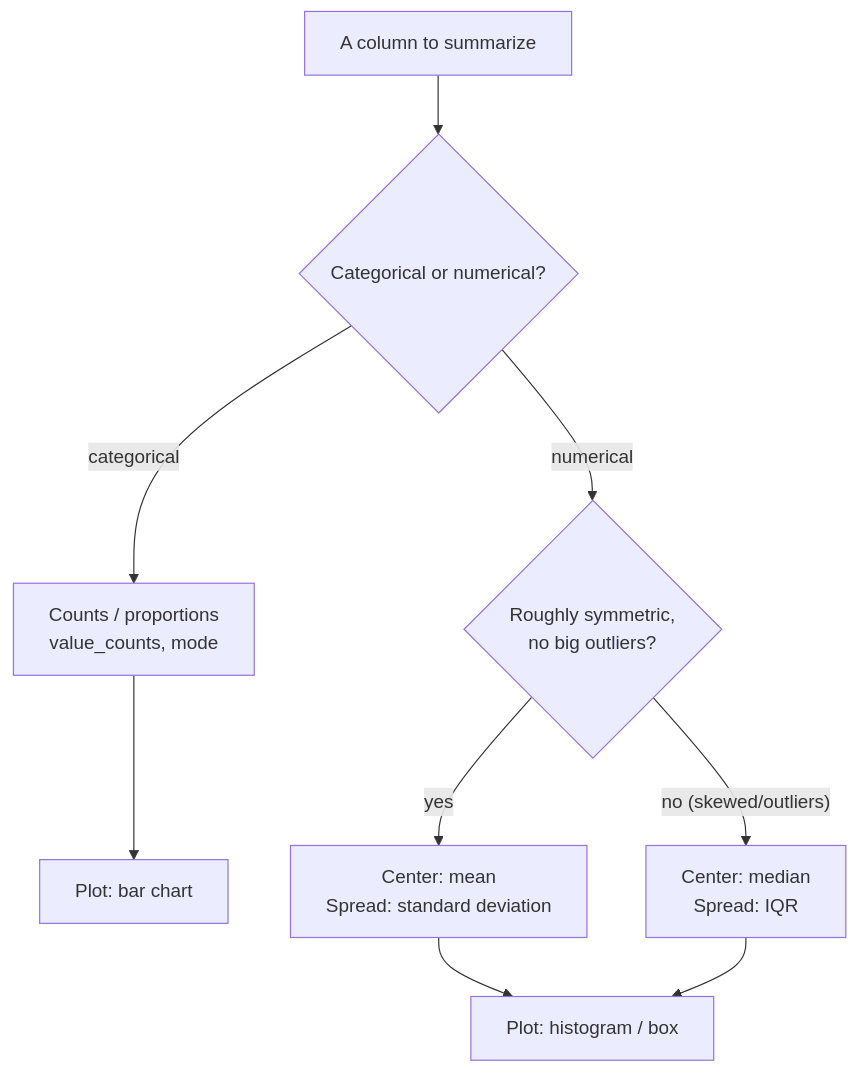
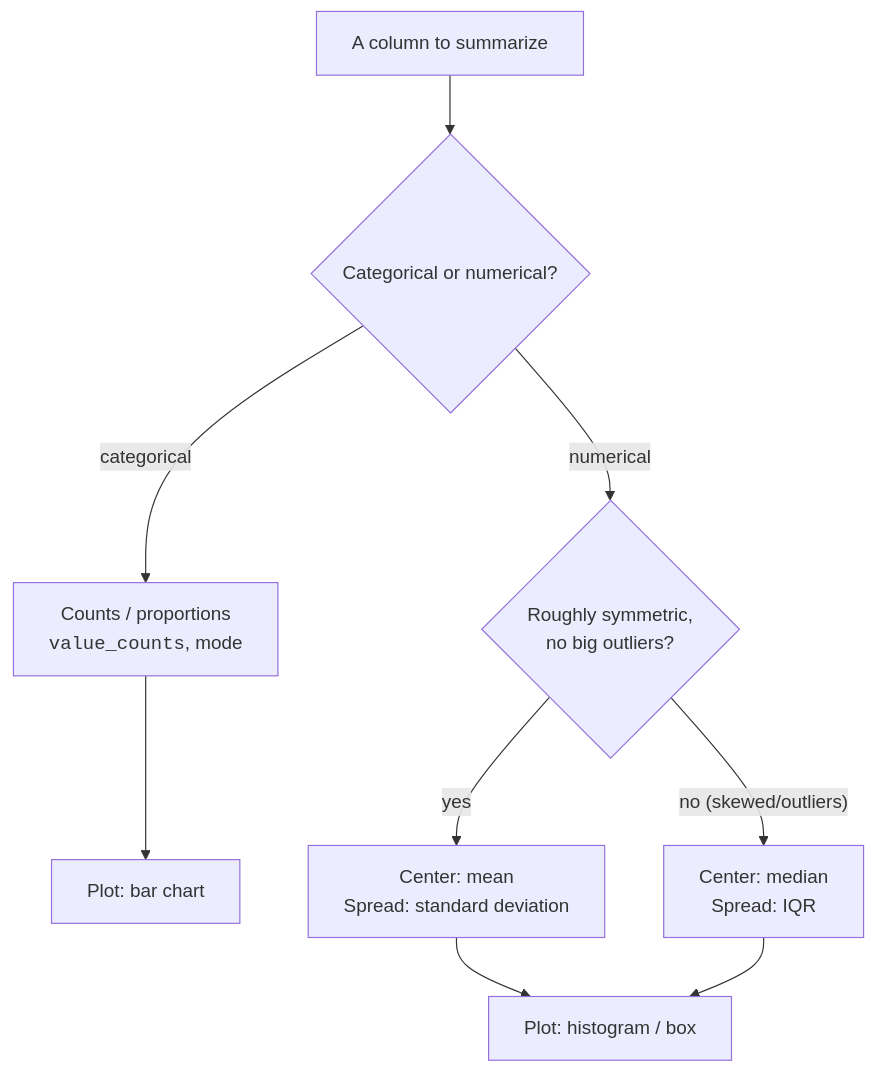
One commit to dataslope/dataslope changed the third of 3 diagrams in content/learn/statistics-for-data-science-python/types-of-data.mdx. Above: the diagram before and after it, drawn with Mermaid. The commit also changed other lines of this file and 153 other files, not shown here.

First line of the commit message:
Render code-only mermaid shapes in monospace; convert step sequences to Steps

````diff
--- a/content/learn/statistics-for-data-science-python/types-of-data.mdx
+++ b/content/learn/statistics-for-data-science-python/types-of-data.mdx
@@ -114,11 +114,11 @@
 ```mermaid
 flowchart TD
     START["A column to summarize"] --> Q1{"Categorical or numerical?"}
-    Q1 -->|"categorical"| C1["Counts / proportions<br/>value_counts, mode"]
+    Q1 -->|"categorical"| C1["Counts / proportions<br/><code>value_counts</code>, mode"]
     C1 --> C2["Plot: bar chart"]
     Q1 -->|"numerical"| Q2{"Roughly symmetric,<br/>no big outliers?"}
     Q2 -->|"yes"| N1["Center: mean<br/>Spread: standard deviation"]
     Q2 -->|"no (skewed/outliers)"| N2["Center: median<br/>Spread: IQR"]
     N1 --> N3["Plot: histogram / box"]
     N2 --> N3
 ```
````
